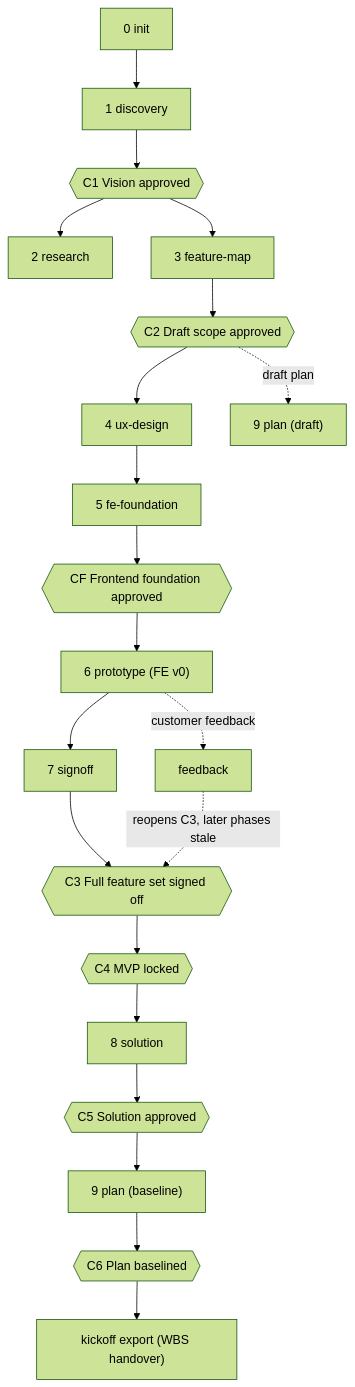
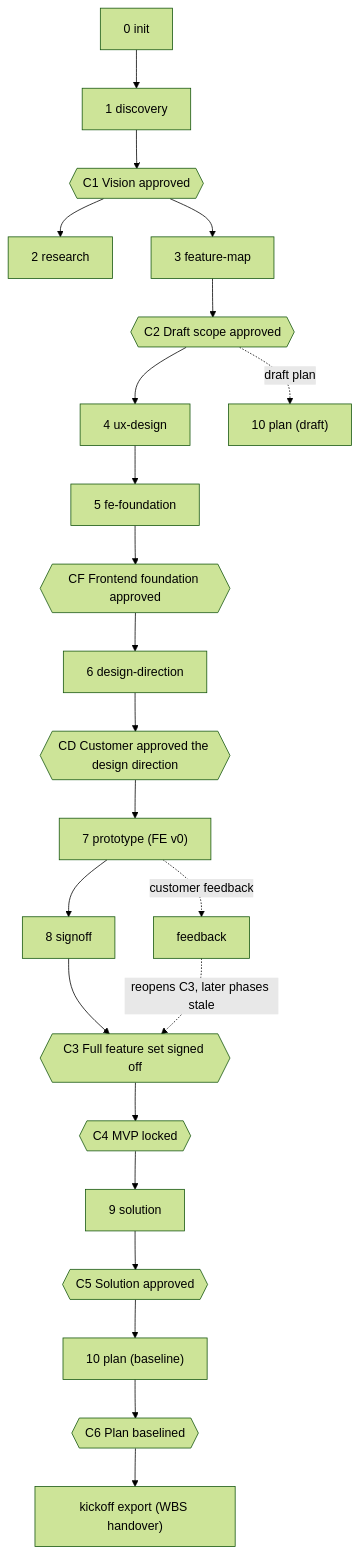
Before and after one commit to ivai-dev/kick: the diagram in README.md, drawn with Mermaid (forest theme). The commit also changed other lines of this file and 23 other files, not shown here.

Commit message:
feat(skills)!: kickoff:design-direction with the customer co-design session, art-director agent, frontend-design and impeccable replace ui-ux-pro-max; release 0.7.0

````diff
--- a/README.md
+++ b/README.md
@@ -13,23 +15,25 @@
 ```mermaid
 flowchart TD
     P0["0 init"] --> P1["1 discovery"]
     P1 --> C1{{"C1 Vision approved"}}
     C1 --> P2["2 research"]
     C1 --> P3["3 feature-map"]
     P3 --> C2{{"C2 Draft scope approved"}}
     C2 --> P4["4 ux-design"]
     P4 --> P4f["5 fe-foundation"]
     P4f --> CF{{"CF Frontend foundation approved"}}
-    CF --> P5["6 prototype (FE v0)"]
-    P5 --> P6["7 signoff"]
+    CF --> PD["6 design-direction"]
+    PD --> CD{{"CD Customer approved the design direction"}}
+    CD --> P5["7 prototype (FE v0)"]
+    P5 --> P6["8 signoff"]
     P6 --> C3{{"C3 Full feature set signed off"}}
     C3 --> C4{{"C4 MVP locked"}}
-    C4 --> P7["8 solution"]
+    C4 --> P7["9 solution"]
     P7 --> C5{{"C5 Solution approved"}}
-    C5 --> P8["9 plan (baseline)"]
+    C5 --> P8["10 plan (baseline)"]
     P8 --> C6{{"C6 Plan baselined"}}
     C6 --> X["kickoff export (WBS handover)"]
-    C2 -.->|"draft plan"| P8d["9 plan (draft)"]
+    C2 -.->|"draft plan"| P8d["10 plan (draft)"]
     P5 -.->|"customer feedback"| FB["feedback"]
     FB -.->|"reopens C3, later phases stale"| C3
 ```
````
